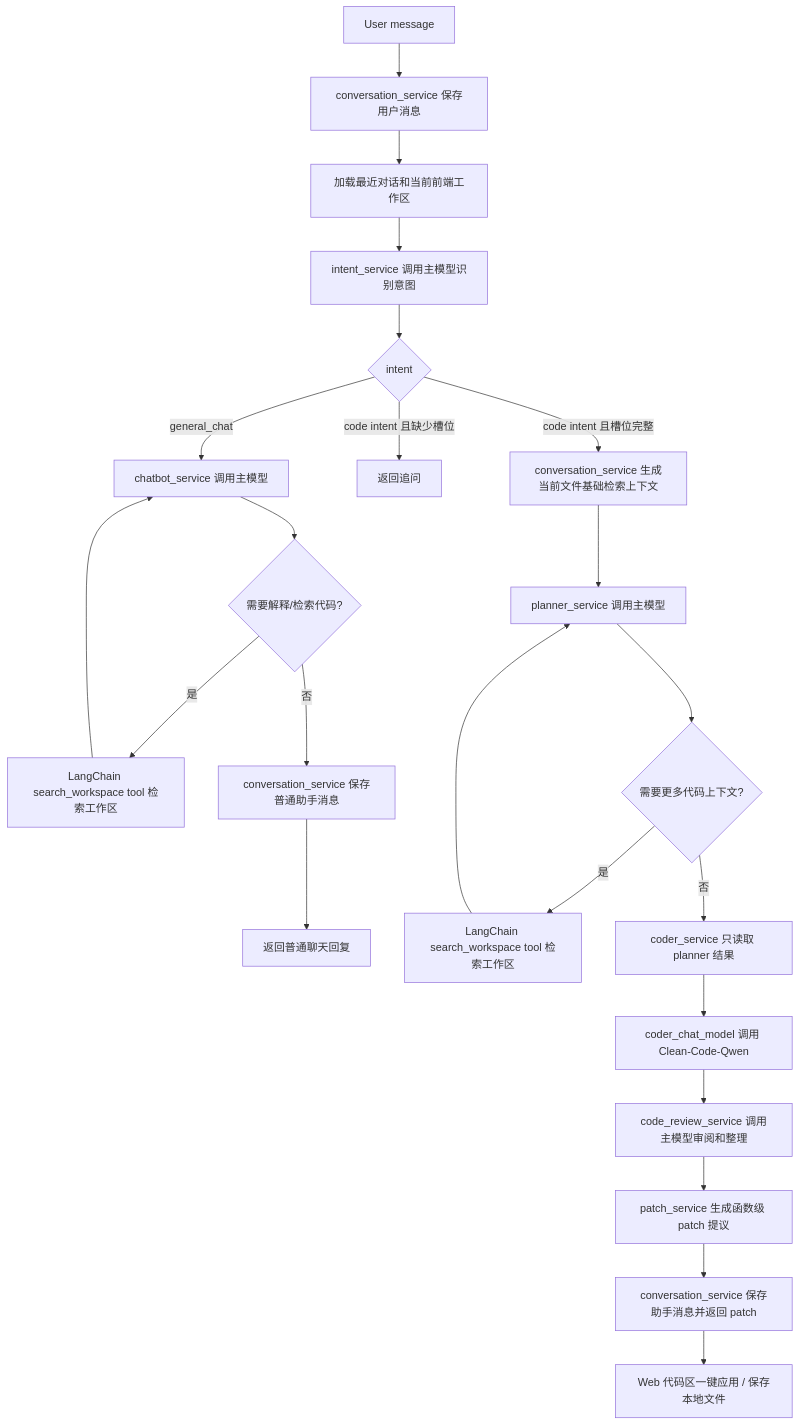
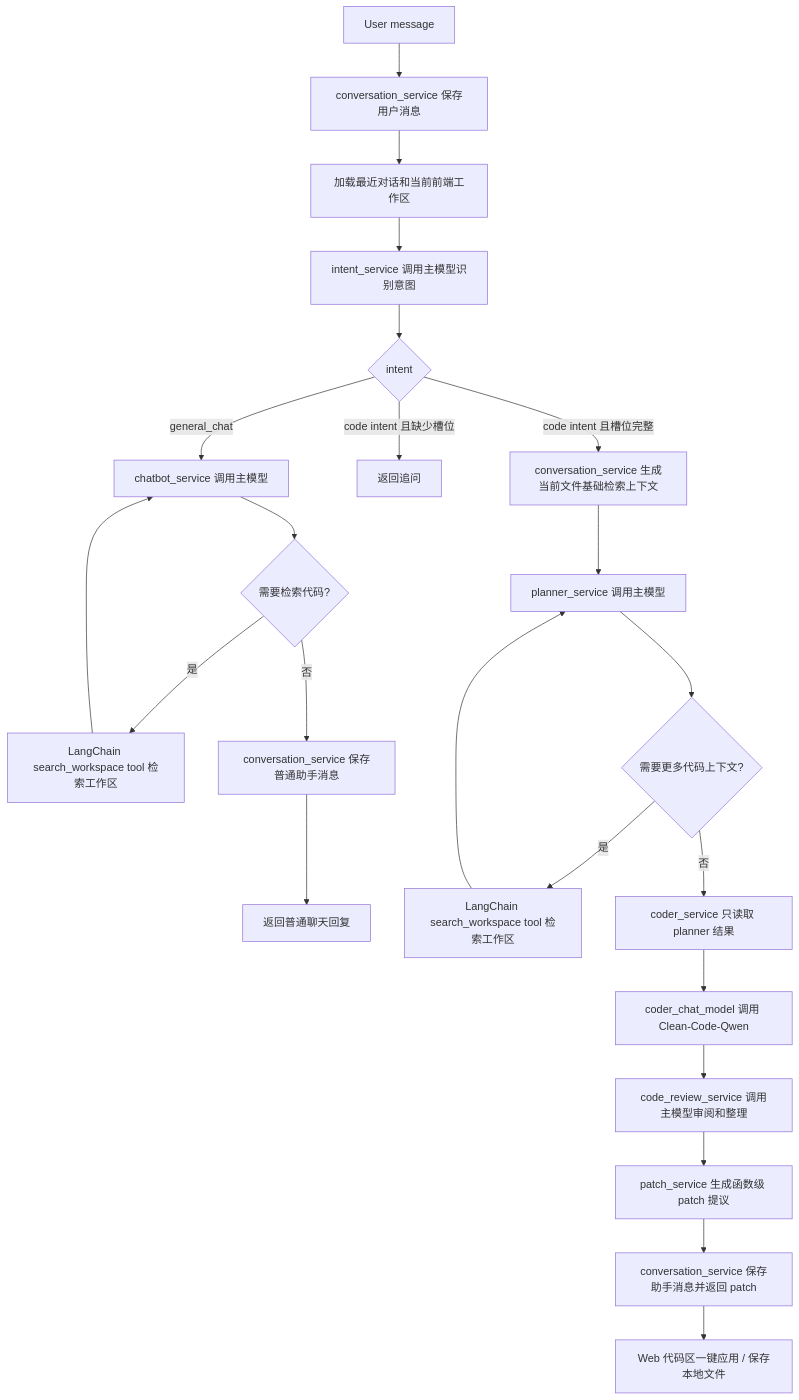
The first of 2 diagrams in README.md (iiicellled/Clean-Code-Agent), drawn with Mermaid before and after one commit.

````diff
--- a/README.md
+++ b/README.md
@@ -44,25 +44,25 @@
 ```mermaid
 flowchart TD
     A[User message] --> B[conversation_service 保存用户消息]
     B --> C[加载最近对话和当前前端工作区]
     C --> D[intent_service 调用主模型识别意图]
     D --> E{intent}
     E -->|general_chat| F[chatbot_service 调用主模型]
-    F --> F1{需要解释/检索代码?}
+    F --> F1{需要检索代码?}
     F1 -->|是| F2[LangChain search_workspace tool 检索工作区]
     F2 --> F
     F1 -->|否| N1[conversation_service 保存普通助手消息]
     N1 --> N2[返回普通聊天回复]
     E -->|code intent 且缺少槽位| G[返回追问]
     E -->|code intent 且槽位完整| H[conversation_service 生成当前文件基础检索上下文]
     H --> I[planner_service 调用主模型]
     I --> I1{需要更多代码上下文?}
     I1 -->|是| I2[LangChain search_workspace tool 检索工作区]
     I2 --> I
     I1 -->|否| J[coder_service 只读取 planner 结果]
     J --> K[coder_chat_model 调用 Clean-Code-Qwen]
     K --> L[code_review_service 调用主模型审阅和整理]
     L --> M[patch_service 生成函数级 patch 提议]
     M --> N3[conversation_service 保存助手消息并返回 patch]
     N3 --> O[Web 代码区一键应用 / 保存本地文件]
 ```
````
